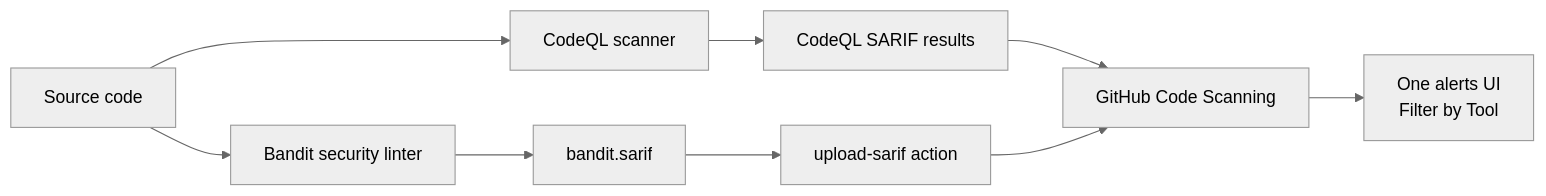
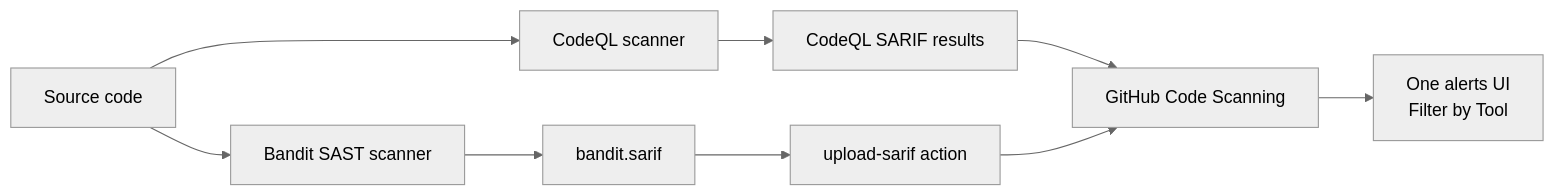
The diagram in lessons/04-code-security-sarif-integration/README.md (tkl-enteprises/ghas-demos), drawn with Mermaid (neutral theme) before and after one commit. The commit also changed other lines of this file, not shown here.

Commit message:
docs: frame Bandit as a security scanner

````diff
--- a/lessons/04-code-security-sarif-integration/README.md
+++ b/lessons/04-code-security-sarif-integration/README.md
@@ -38,11 +38,11 @@
 ```mermaid
 flowchart LR
     A["Source code"] --> B["CodeQL scanner"]
-    A --> C["Bandit security linter"]
+    A --> C["Bandit SAST scanner"]
     B --> D["CodeQL SARIF results"]
     C --> E["bandit.sarif"]
     D --> F["GitHub Code Scanning"]
     E --> G["upload-sarif action"]
     G --> F
     F --> H["One alerts UI<br/>Filter by Tool"]
 ```
````
